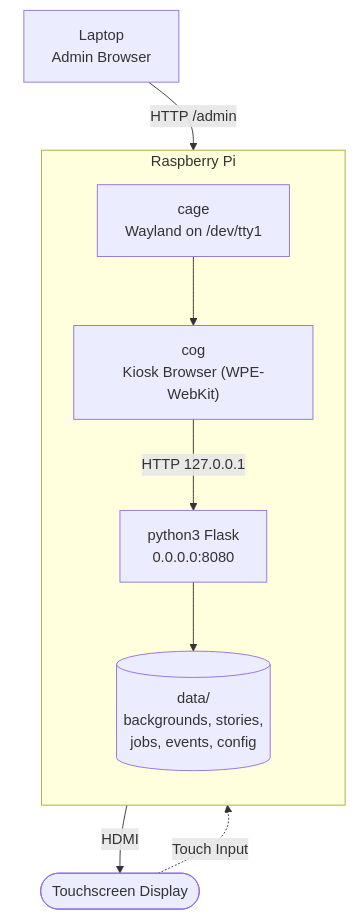
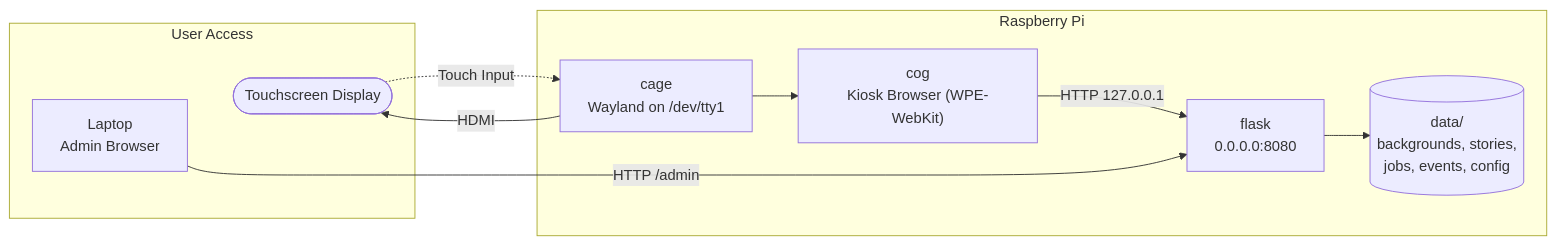
Before and after one commit to retro-city/asipad: the diagram in README.md, drawn with Mermaid. The commit also changed other lines of this file and 1 other file, not shown here.

Commit message:
Intro tweak + SKRIVE: add Engelsk as the third language
- README intro slightly reworded by user (clarifies disconnected /
  admin-loaded model) and architecture mermaid restructured into a
  "User Access" subgraph alongside the Pi.
- SKRIVE menu's "Kommer snart" placeholder replaced with 🇬🇧 Engelsk.
- New /skrive-engelsk route, English keyboard (no Æ Ø Å), 61 words
  mirroring the Norwegian list. Feedback: "✓ Good job!" / "Try again!"

````diff
--- a/README.md
+++ b/README.md
@@ -127,19 +127,22 @@
 ```mermaid
-flowchart TB
+flowchart LR
+    screen(["Touchscreen Display"])
     laptop["Laptop<br/>Admin Browser"]
+    
     subgraph pi["Raspberry Pi"]
-        direction TB
         cog["cog<br/>Kiosk Browser (WPE-WebKit)"]
         cage["cage<br/>Wayland on /dev/tty1"]
-        flask["python3 Flask<br/>0.0.0.0:8080"]
+        flask["flask<br/>0.0.0.0:8080"]
         data[("data/<br/>backgrounds, stories,<br/>jobs, events, config")]
         cage --> cog
         cog -- "HTTP 127.0.0.1" --> flask
         flask --> data
     end
-    screen(["Touchscreen Display"])
-    laptop -- "HTTP /admin" --> flask
-    cage -- HDMI --> screen
-    screen -. "Touch Input" .-> cage
-    laptop ~~~ screen
+    subgraph users["User Access"]
+      laptop ~~~ screen
+      laptop -- "HTTP /admin" --> flask
+      cage -- HDMI --> screen
+      screen -. "Touch Input" .-> cage
+    end
+
 ```
````
